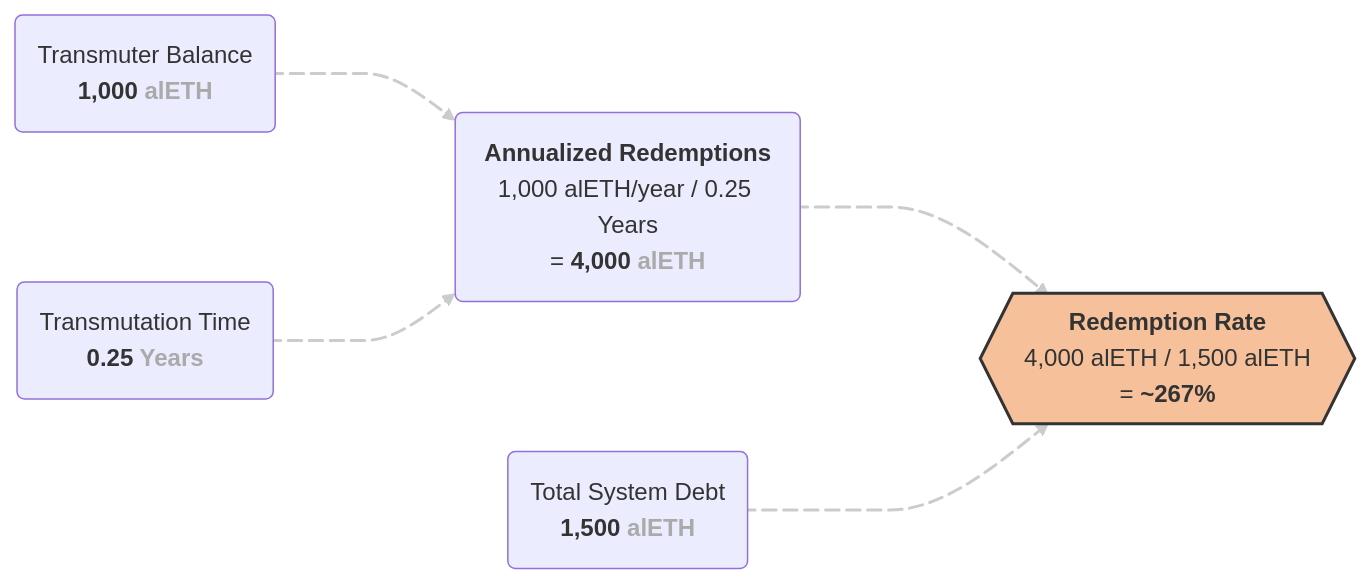
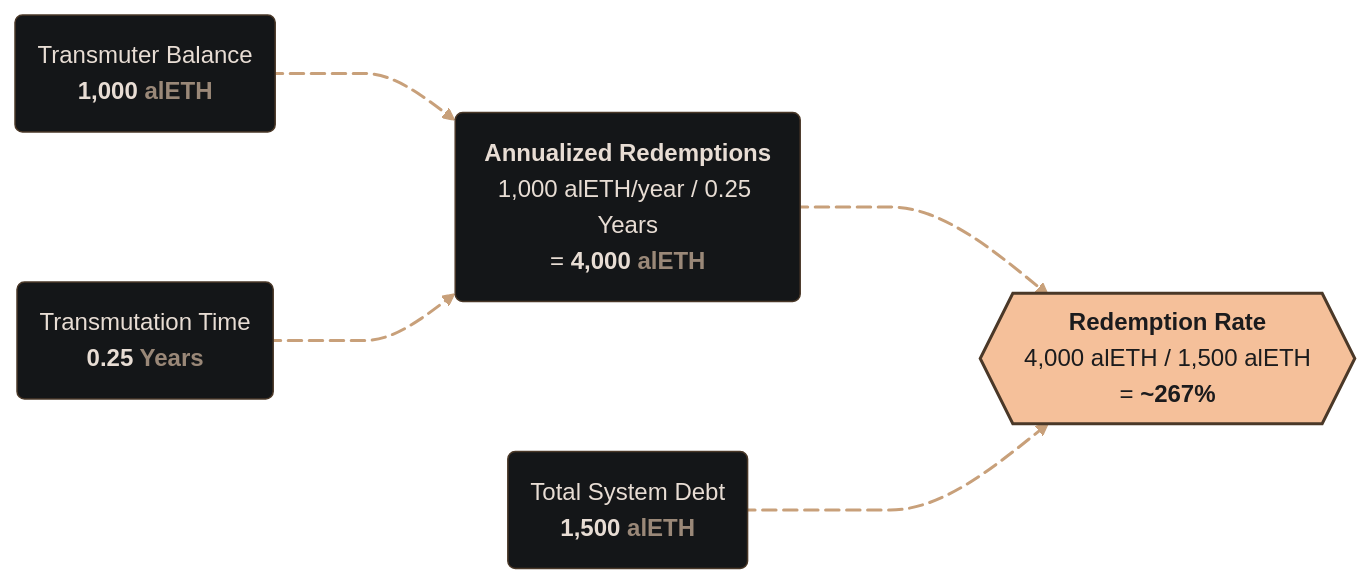
One commit to alchemix-finance/alchemix-v3-docs changed the second of 2 diagrams in docs/user/concepts/redemption-rate.md. Above: the diagram before and after it, drawn with Mermaid. The commit also changed other lines of this file and 73 other files, not shown here.

Commit message:
Large design and flow pass, including nav, headers, sidebar, formulas, image frames, minor grammar changes, formatting, and more

````diff
--- a/docs/user/concepts/redemption-rate.md
+++ b/docs/user/concepts/redemption-rate.md
@@ -78,31 +87,40 @@
 ```mermaid
 %%{init: {
-  'themeVariables': { 'fontFamily': 'Montserrat'},
+  'theme': 'base',
+  'themeVariables': {
+    'fontFamily': 'Montserrat',
+    'primaryColor': '#141618',
+    'primaryBorderColor': '#4a3828',
+    'primaryTextColor': '#e8ddd4',
+    'lineColor': '#c8a07a',
+    'edgeLabelBackground': '#0d0e10',
+    'tertiaryColor': '#141618'
+  },
   'flowchart': {
-      'curve': 'monotoneX',
-      'nodeSpacing': 100,
-      'rankSpacing': 120
+    'curve': 'monotoneX',
+    'nodeSpacing': 100,
+    'rankSpacing': 120
   }
 }}%%
 flowchart LR
     %% Nodes
-    A(Transmuter Balance<br/><b>1,000 <span style='color:#aaa'>alETH</span></b>)
-    B(Transmutation Time<br/><b>0.25 <span style='color:#aaa'>Years</span></b>)
-    C(Total System Debt<br/><b>1,500 <span style='color:#aaa'>alETH</span></b>)
-    D(<b>Annualized Redemptions</b><br/>1,000 alETH/year / 0.25 Years<br/>= <b>4,000 <span style='color:#aaa'>alETH</span></b>)
+    A(Transmuter Balance<br/><b>1,000 <span style='color:#9a8878'>alETH</span></b>)
+    B(Transmutation Time<br/><b>0.25 <span style='color:#9a8878'>Years</span></b>)
+    C(Total System Debt<br/><b>1,500 <span style='color:#9a8878'>alETH</span></b>)
+    D(<b>Annualized Redemptions</b><br/>1,000 alETH/year / 0.25 Years<br/>= <b>4,000 <span style='color:#9a8878'>alETH</span></b>)
     E{{<b>Redemption Rate</b><br/>4,000 alETH / 1,500 alETH<br/>= <b>~267%</b>}}
 
     %% Logic
     A e1@--> D
     B e2@--> D
     D e3@==> E
     C e4@--> E
 
     %% Styling / Ani
-    style E fill:#f5c09a,stroke:#333,stroke-width:2px,color:#333
-    linkStyle 0,1,2,3 stroke:#ccc,stroke-width:2px,color:#ccc
+    style E fill:#f5c09a,stroke:#4a3828,stroke-width:2px,color:#1b1b1d
+    linkStyle 0,1,2,3 stroke:#c8a07a,stroke-width:2px
     e1@{ animation: slow }
     e2@{ animation: slow }
     e3@{ animation: fast }
     e4@{ animation: slow }
 ```
````
